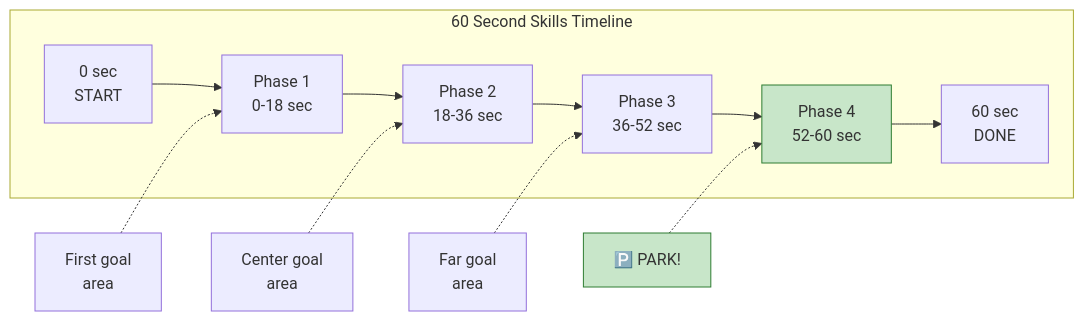
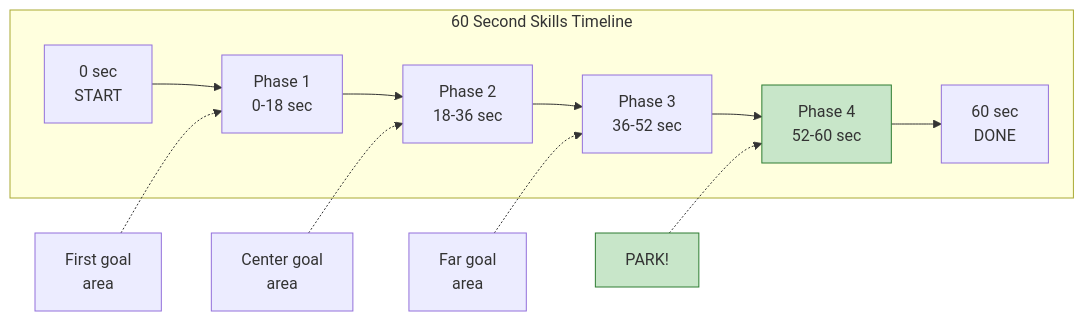
One commit to anowarislam/vex-pushback changed the third of 10 diagrams in docs/tutorials/07-advanced/03-skills-autonomous.md. Above: the diagram before and after it, drawn with Mermaid. The commit also changed other lines of this file and 16 other files, not shown here.

````diff
--- a/docs/tutorials/07-advanced/03-skills-autonomous.md
+++ b/docs/tutorials/07-advanced/03-skills-autonomous.md
@@ -92,18 +92,18 @@
 ```mermaid
 flowchart LR
     subgraph "60 Second Skills Timeline"
         A["0 sec\nSTART"] --> B["Phase 1\n0-18 sec"]
         B --> C["Phase 2\n18-36 sec"]
         C --> D["Phase 3\n36-52 sec"]
         D --> E["Phase 4\n52-60 sec"]
         E --> F["60 sec\nDONE"]
     end
 
     B1["First goal\narea"] -.-> B
     C1["Center goal\narea"] -.-> C
     D1["Far goal\narea"] -.-> D
-    E1["🅿️ PARK!"] -.-> E
+    E1["PARK!"] -.-> E
 
     style E fill:#c8e6c9,stroke:#2e7d32
     style E1 fill:#c8e6c9,stroke:#2e7d32
 ```
````
